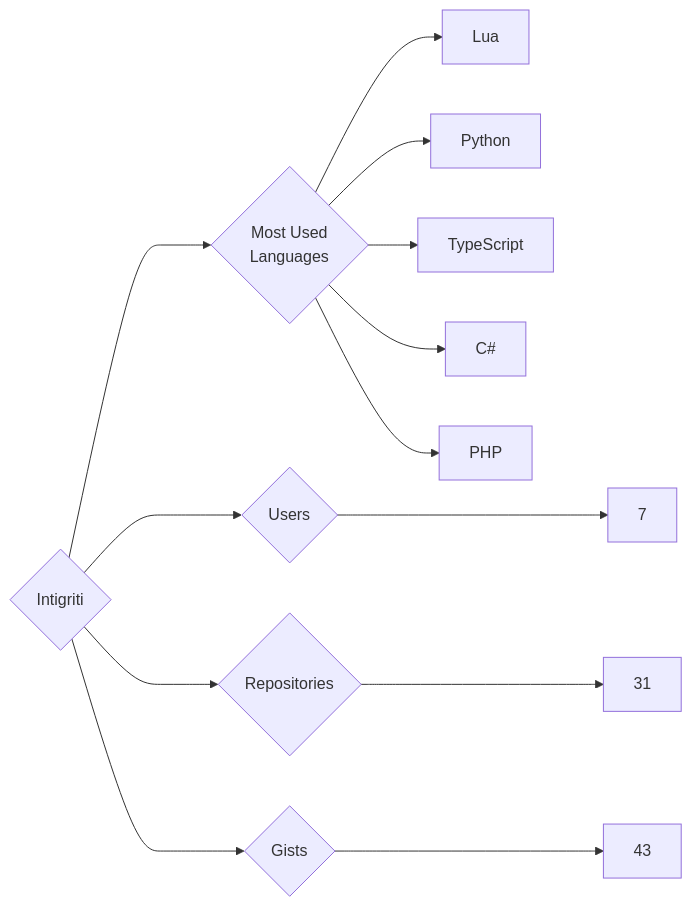
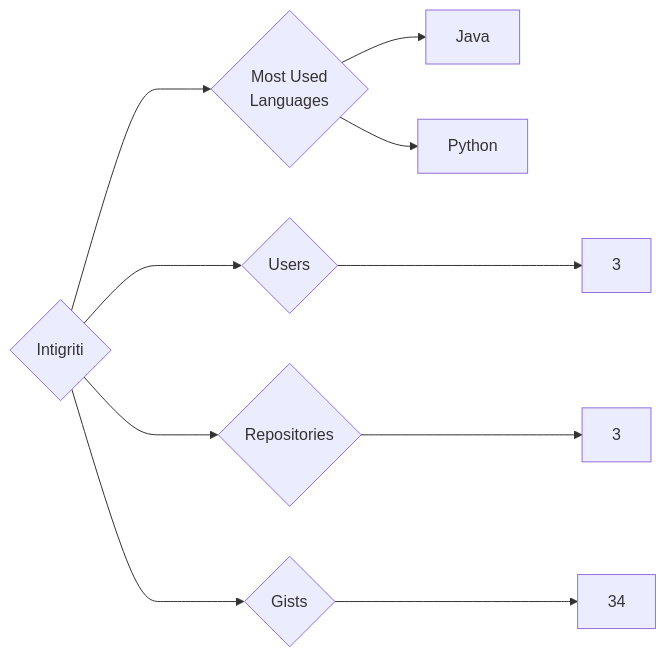
One commit to trickest/insiders changed the diagram in targets/Intigriti/README.md. Above: the diagram before and after it, drawn with Mermaid. The commit also changed 783 other files, not shown here.

````diff
--- a/targets/Intigriti/README.md
+++ b/targets/Intigriti/README.md
@@ -3,13 +3,10 @@
 ```mermaid
 graph LR
 COMPANY_NAME{Intigriti}
-COMPANY_NAME ---> U{Users} ---> UN[7]
-COMPANY_NAME ---> R{Repositories} ---> RN[31]
-COMPANY_NAME ---> G{Gists} ---> GN[43]
+COMPANY_NAME ---> U{Users} ---> UN[3]
+COMPANY_NAME ---> R{Repositories} ---> RN[3]
+COMPANY_NAME ---> G{Gists} ---> GN[34]
 COMPANY_NAME ---> ML{Most Used<br>Languages}
-ML --> Lua[Lua]
+ML --> Java[Java]
 ML --> Python[Python]
-ML --> TypeScript[TypeScript]
-ML --> C#[C#]
-ML --> PHP[PHP]
 ```
````
